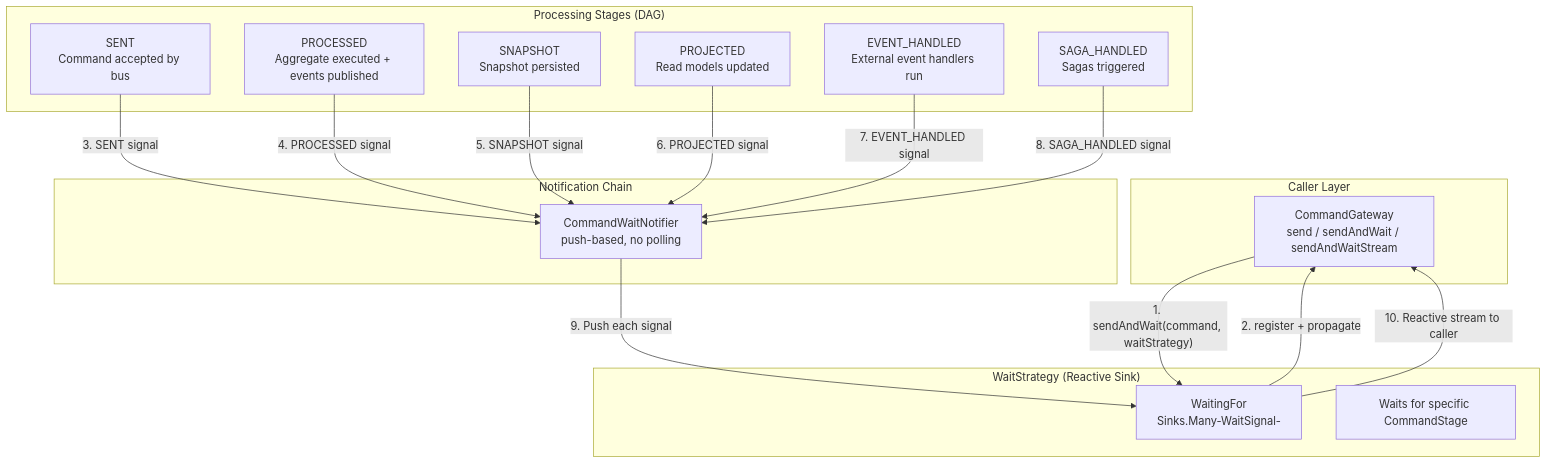
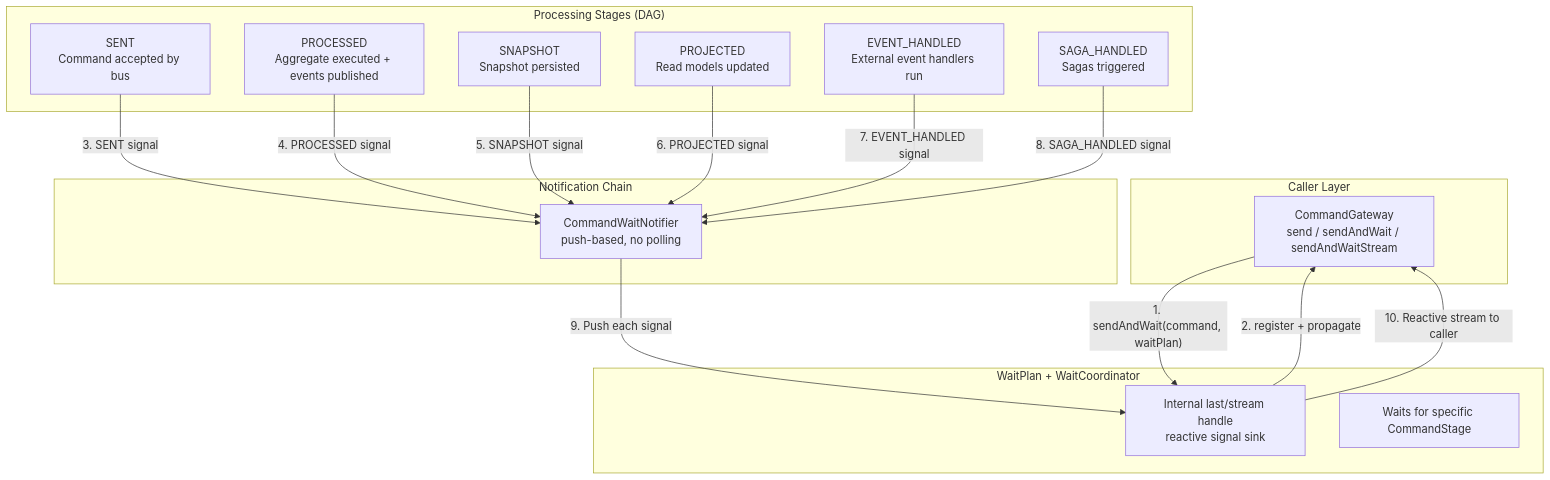
One commit to Ahoo-Wang/Wow changed the first of 4 diagrams in documentation/docs/en/onboarding/staff-engineer-guide.md. Above: the diagram before and after it, drawn with Mermaid. The commit also changed other lines of this file and 128 other files, not shown here.

Commit message:
feat(core): remove wait strategy runtime

````diff
--- a/documentation/docs/en/onboarding/staff-engineer-guide.md
+++ b/documentation/docs/en/onboarding/staff-engineer-guide.md
@@ -57,36 +57,36 @@
 ```mermaid
 graph TB
     subgraph "Caller Layer"
         CG[CommandGateway<br>send / sendAndWait / sendAndWaitStream]
     end
 
-    subgraph "WaitStrategy (Reactive Sink)"
-        WS[WaitingFor<br>Sinks.Many-WaitSignal-]
+    subgraph "WaitPlan + WaitCoordinator"
+        WS[Internal last/stream handle<br>reactive signal sink]
         WST[Waits for specific CommandStage]
     end
 
     subgraph "Processing Stages (DAG)"
         S1[SENT<br>Command accepted by bus]
         S2[PROCESSED<br>Aggregate executed + events published]
         S3[SNAPSHOT<br>Snapshot persisted]
         S4[PROJECTED<br>Read models updated]
         S5[EVENT_HANDLED<br>External event handlers run]
         S6[SAGA_HANDLED<br>Sagas triggered]
     end
 
     subgraph "Notification Chain"
         CWN[CommandWaitNotifier<br>push-based, no polling]
     end
 
-    CG -->|"1. sendAndWait(command, waitStrategy)"| WS
+    CG -->|"1. sendAndWait(command, waitPlan)"| WS
     WS -->|"2. register + propagate"| CG
     S1 -->|"3. SENT signal"| CWN
     S2 -->|"4. PROCESSED signal"| CWN
     S3 -->|"5. SNAPSHOT signal"| CWN
     S4 -->|"6. PROJECTED signal"| CWN
     S5 -->|"7. EVENT_HANDLED signal"| CWN
     S6 -->|"8. SAGA_HANDLED signal"| CWN
     CWN -->|"9. Push each signal"| WS
     WS -->|"10. Reactive stream to caller"| CG
 
 ```
````
